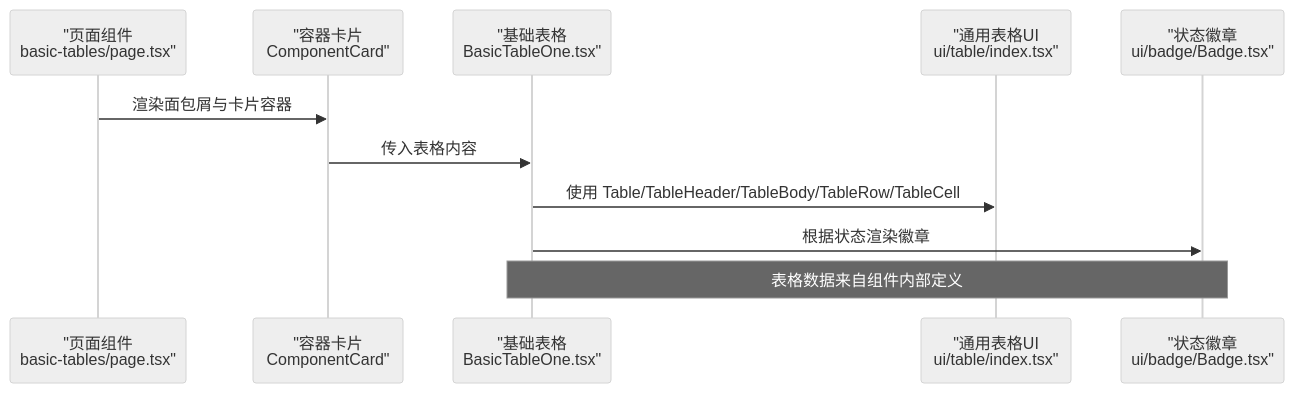
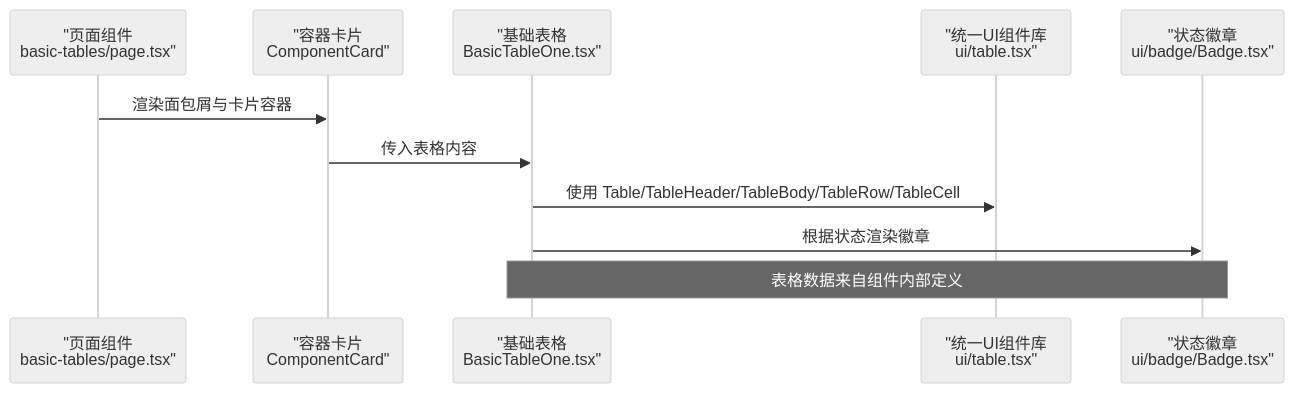
Before and after one commit to HAOFUYANG/nextjs-admin: the second of 8 diagrams in .qoder/repowiki/zh/content/页面路由系统/页面类型组织结构/表格页面.md, drawn with Mermaid (neutral theme). The commit also changed other lines of this file and 4 other files, not shown here.

````diff
--- a/.qoder/repowiki/zh/content/页面路由系统/页面类型组织结构/表格页面.md
+++ b/.qoder/repowiki/zh/content/页面路由系统/页面类型组织结构/表格页面.md
@@ -86,13 +110,13 @@
 ```mermaid
 sequenceDiagram
 participant Page as "页面组件<br/>basic-tables/page.tsx"
 participant Card as "容器卡片<br/>ComponentCard"
 participant TableComp as "基础表格<br/>BasicTableOne.tsx"
-participant UI as "通用表格UI<br/>ui/table/index.tsx"
+participant UI as "统一UI组件库<br/>ui/table.tsx"
 participant Badge as "状态徽章<br/>ui/badge/Badge.tsx"
 Page->>Card : 渲染面包屑与卡片容器
 Card->>TableComp : 传入表格内容
 TableComp->>UI : 使用 Table/TableHeader/TableBody/TableRow/TableCell
 TableComp->>Badge : 根据状态渲染徽章
 Note over TableComp,Badge : 表格数据来自组件内部定义
 ```
````
